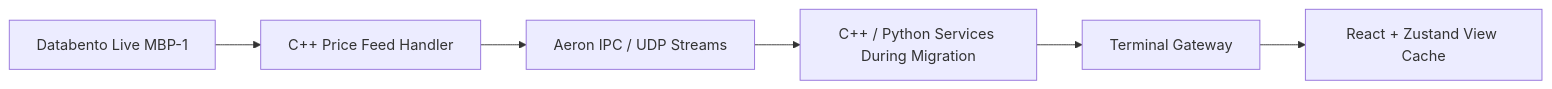
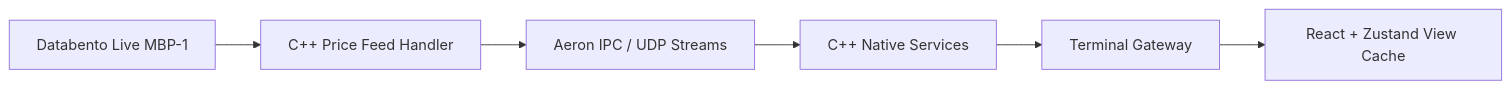
The diagram in docs/CERIOUS_NATIVE_TAURI_CPP_AERON_PLAN.md (tsturiale/Cerious-Cloud-Migration), drawn with Mermaid before and after one commit. The commit also changed other lines of this file and 5682 other files, not shown here.

````diff
--- a/docs/CERIOUS_NATIVE_TAURI_CPP_AERON_PLAN.md
+++ b/docs/CERIOUS_NATIVE_TAURI_CPP_AERON_PLAN.md
@@ -21,15 +21,15 @@
 ```mermaid
 flowchart LR
   Databento["Databento Live MBP-1"]
   Feed["C++ Price Feed Handler"]
   Aeron["Aeron IPC / UDP Streams"]
-  Services["C++ / Python Services During Migration"]
+  Services["C++ Native Services"]
   Gateway["Terminal Gateway"]
   UI["React + Zustand View Cache"]
 
   Databento --> Feed
   Feed --> Aeron
   Aeron --> Services
   Services --> Gateway
   Gateway --> UI
 ```
````
